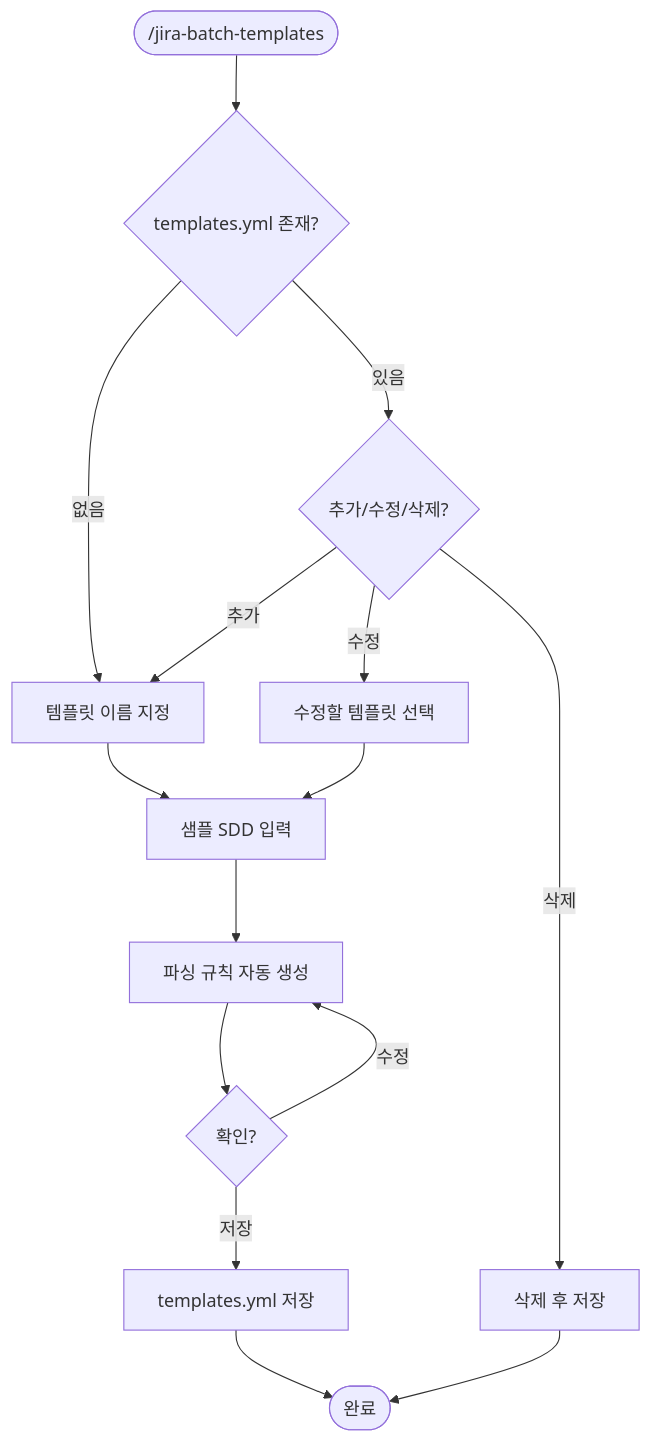
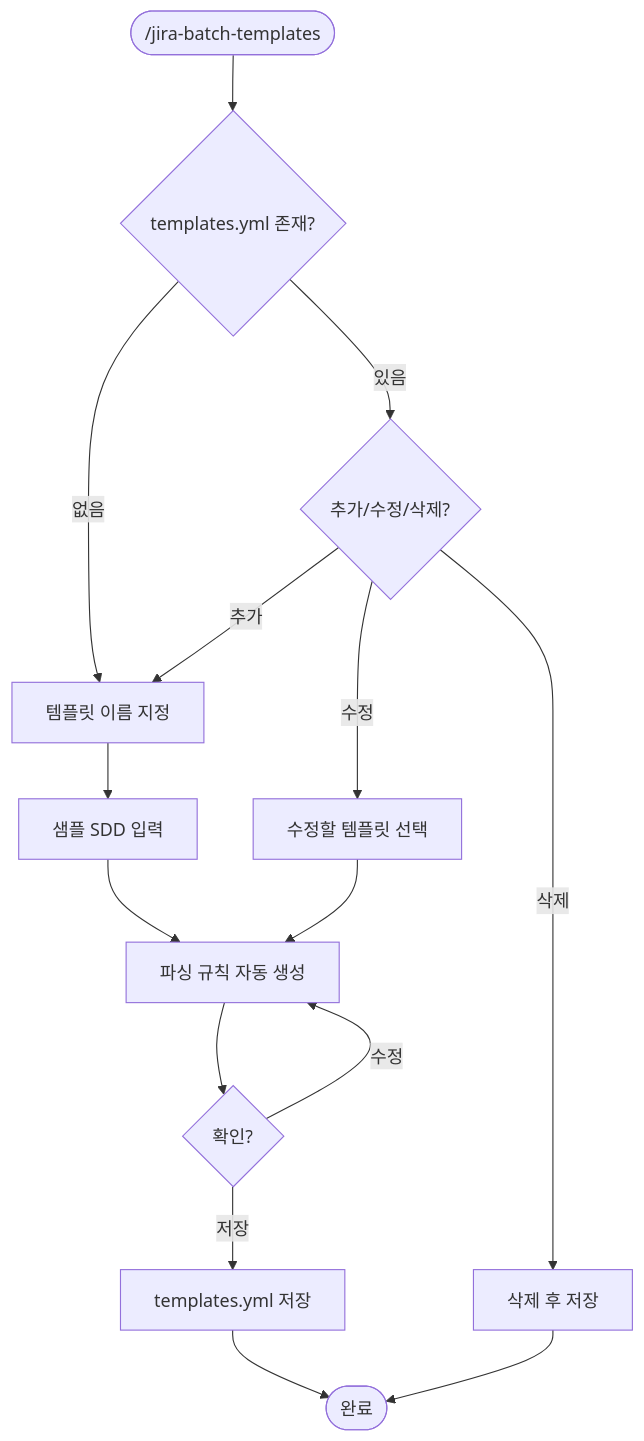
The third of 4 diagrams in jira-create/README.md (Park-Seung-Hun/atlassian-skills), drawn with Mermaid before and after one commit. The commit also changed other lines of this file and 2 other files, not shown here.

````diff
--- a/jira-create/README.md
+++ b/jira-create/README.md
@@ -107,17 +107,17 @@
 ```mermaid
 flowchart TD
     A(["/jira-batch-templates"]) --> B{templates.yml 존재?}
     B -- 없음 --> C[템플릿 이름 지정]
     B -- 있음 --> D{추가/수정/삭제?}
     D -- 추가 --> C
     D -- 수정 --> E[수정할 템플릿 선택]
     D -- 삭제 --> F[삭제 후 저장]
     C --> G[샘플 SDD 입력]
-    E --> G
     G --> H[파싱 규칙 자동 생성]
+    E --> H
     H --> I{확인?}
     I -- 수정 --> H
     I -- 저장 --> J[templates.yml 저장]
     F --> K([완료])
     J --> K
 ```
````
